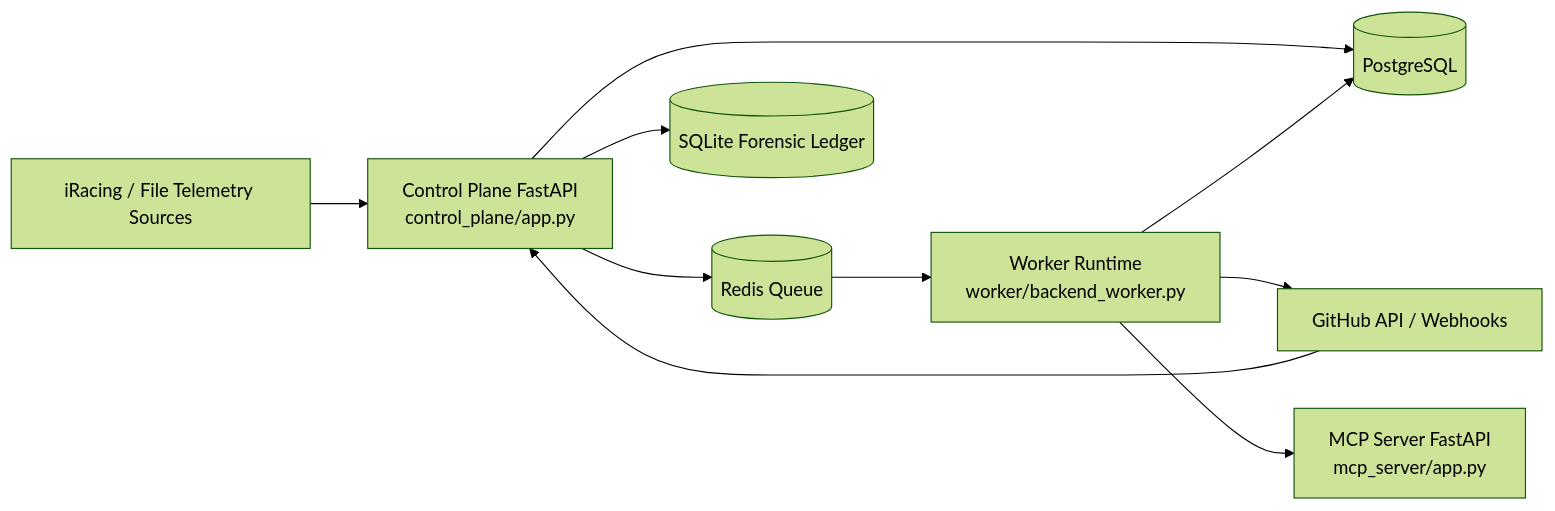
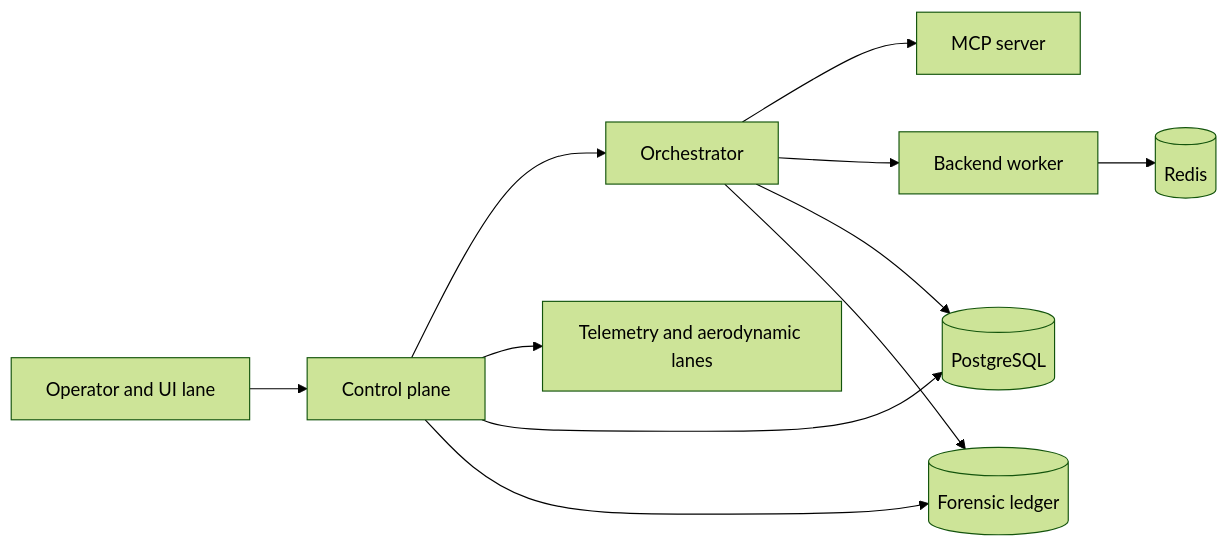
One commit to adaptco/motorsport-engineering-agent changed the diagram in docs/system_architecture.md. Above: the diagram before and after it, drawn with Mermaid (forest theme). The commit also changed other lines of this file and 78 other files, not shown here.

````diff
--- a/docs/system_architecture.md
+++ b/docs/system_architecture.md
@@ -8,21 +9,23 @@
 ```mermaid
 flowchart LR
-    iracing[iRacing / File Telemetry Sources]
-    cp[Control Plane FastAPI<br/>control_plane/app.py]
-    worker[Worker Runtime<br/>worker/backend_worker.py]
-    mcp[MCP Server FastAPI<br/>mcp_server/app.py]
-    gh[GitHub API / Webhooks]
+    ui[Operator and UI lane]
+    cp[Control plane]
+    orch[Orchestrator]
+    mcp[MCP server]
+    worker[Backend worker]
+    telemetry[Telemetry and aerodynamic lanes]
     pg[(PostgreSQL)]
-    redis[(Redis Queue)]
-    ledger[(SQLite Forensic Ledger)]
+    redis[(Redis)]
+    ledger[(Forensic ledger)]
 
-    iracing --> cp
+    ui --> cp
+    cp --> orch
+    cp --> telemetry
+    orch --> mcp
+    orch --> worker
     cp --> pg
-    cp --> redis
+    orch --> pg
+    worker --> redis
     cp --> ledger
-    redis --> worker
-    worker --> pg
-    worker --> gh
-    worker --> mcp
-    gh --> cp
+    orch --> ledger
 ```
````
